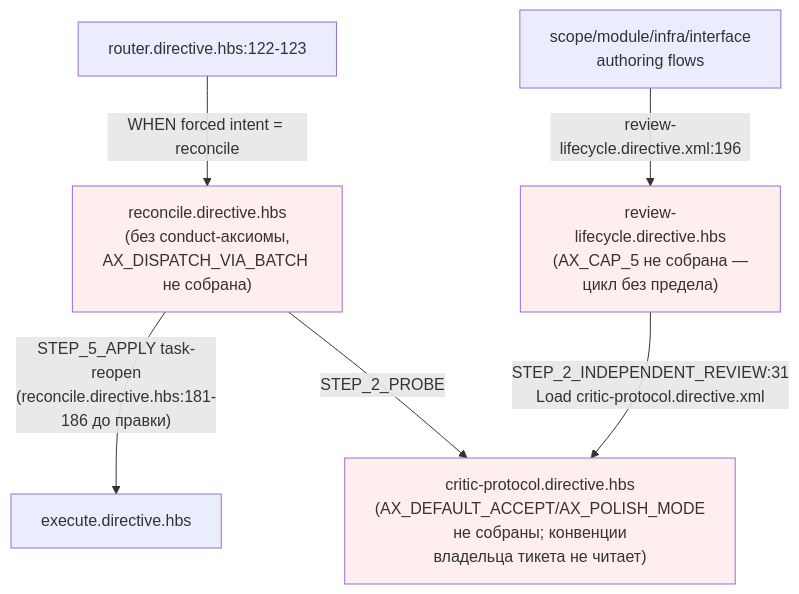
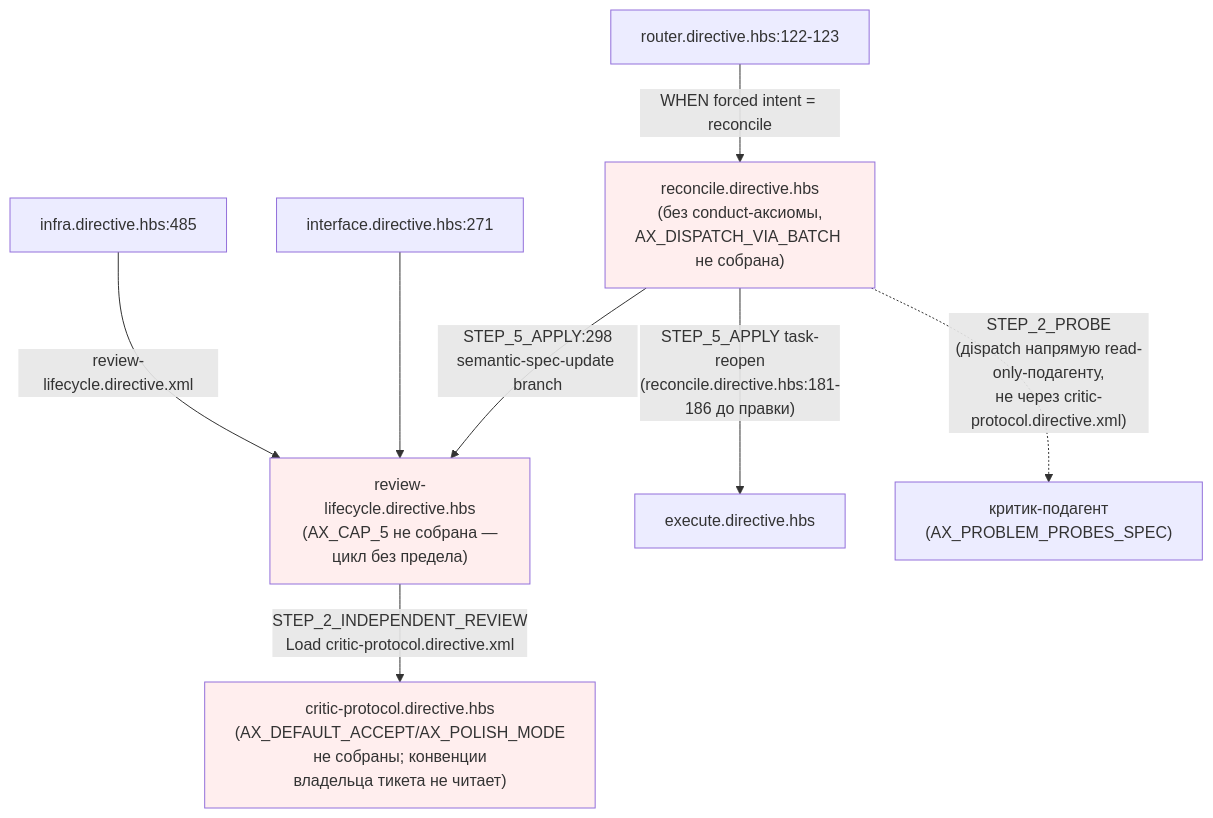
The first of 2 diagrams in ai/drafts/research/sdd-v1-to-v2-transfer/_raw/reports/R-BATCH-20-review-critic-bounds.md (RubaXa/gennady), drawn with Mermaid before and after one commit. The commit also changed other lines of this file and 8 other files, not shown here.

````diff
--- a/ai/drafts/research/sdd-v1-to-v2-transfer/_raw/reports/R-BATCH-20-review-critic-bounds.md
+++ b/ai/drafts/research/sdd-v1-to-v2-transfer/_raw/reports/R-BATCH-20-review-critic-bounds.md
@@ -51,11 +67,13 @@
 ```mermaid
 flowchart TD
   Router["router.directive.hbs:122-123"] -->|"WHEN forced intent = reconcile"| Rec["reconcile.directive.hbs\n(без conduct-аксиомы,\nAX_DISPATCH_VIA_BATCH не собрана)"]
-  ScopeEtAl["scope/module/infra/interface\nauthoring flows"] -->|"review-lifecycle.directive.xml:196"| RL["review-lifecycle.directive.hbs\n(AX_CAP_5 не собрана —\nцикл без предела)"]
-  RL -->|"STEP_2_INDEPENDENT_REVIEW:31\nLoad critic-protocol.directive.xml"| CP["critic-protocol.directive.hbs\n(AX_DEFAULT_ACCEPT/AX_POLISH_MODE\nне собраны; конвенции\nвладельца тикета не читает)"]
+  Infra["infra.directive.hbs:485"] -->|"review-lifecycle.directive.xml"| RL["review-lifecycle.directive.hbs\n(AX_CAP_5 не собрана —\nцикл без предела)"]
+  Iface["interface.directive.hbs:271"] --> RL
+  Rec -->|"STEP_5_APPLY:298\nsemantic-spec-update branch"| RL
+  RL -->|"STEP_2_INDEPENDENT_REVIEW\nLoad critic-protocol.directive.xml"| CP["critic-protocol.directive.hbs\n(AX_DEFAULT_ACCEPT/AX_POLISH_MODE\nне собраны; конвенции\nвладельца тикета не читает)"]
   Rec -->|"STEP_5_APPLY task-reopen\n(reconcile.directive.hbs:181-186 до правки)"| Exec["execute.directive.hbs"]
-  Rec -->|"STEP_2_PROBE"| CP
+  Rec -.->|"STEP_2_PROBE\n(дispatch напрямую read-only-подагенту,\nне через critic-protocol.directive.xml)"| CriticSub["критик-подагент\n(AX_PROBLEM_PROBES_SPEC)"]
   style Rec fill:#fee
   style RL fill:#fee
   style CP fill:#fee
 ```
````
